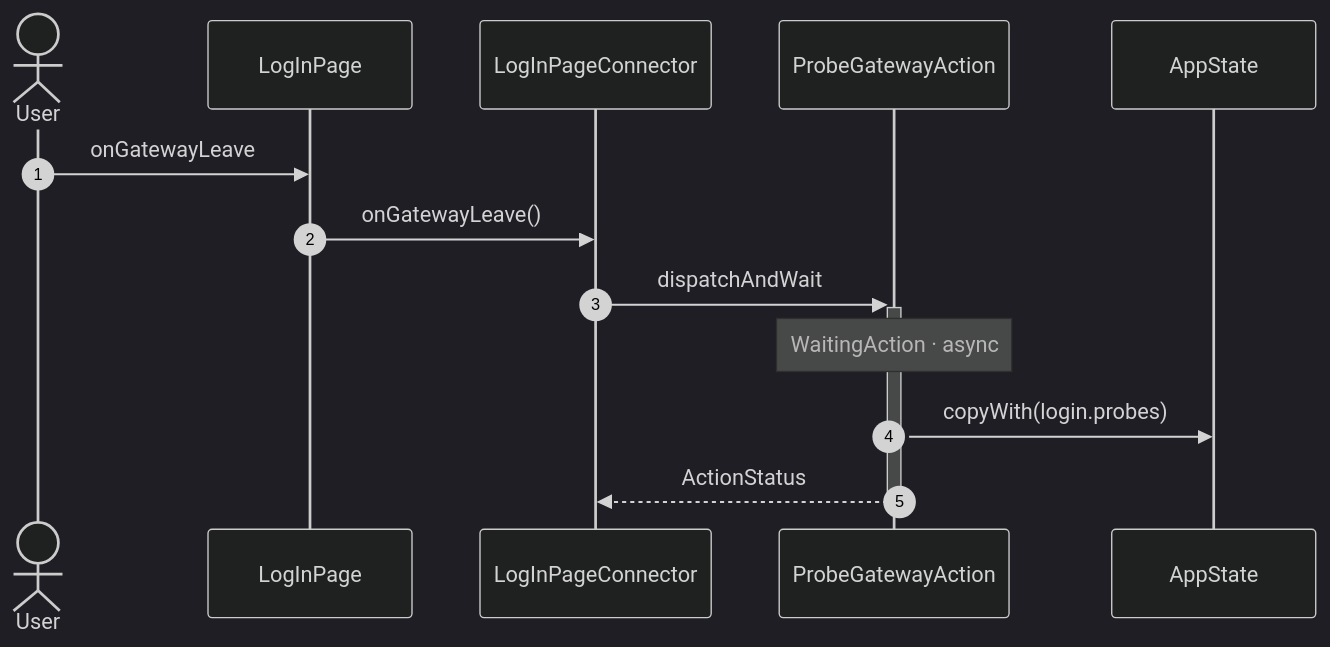
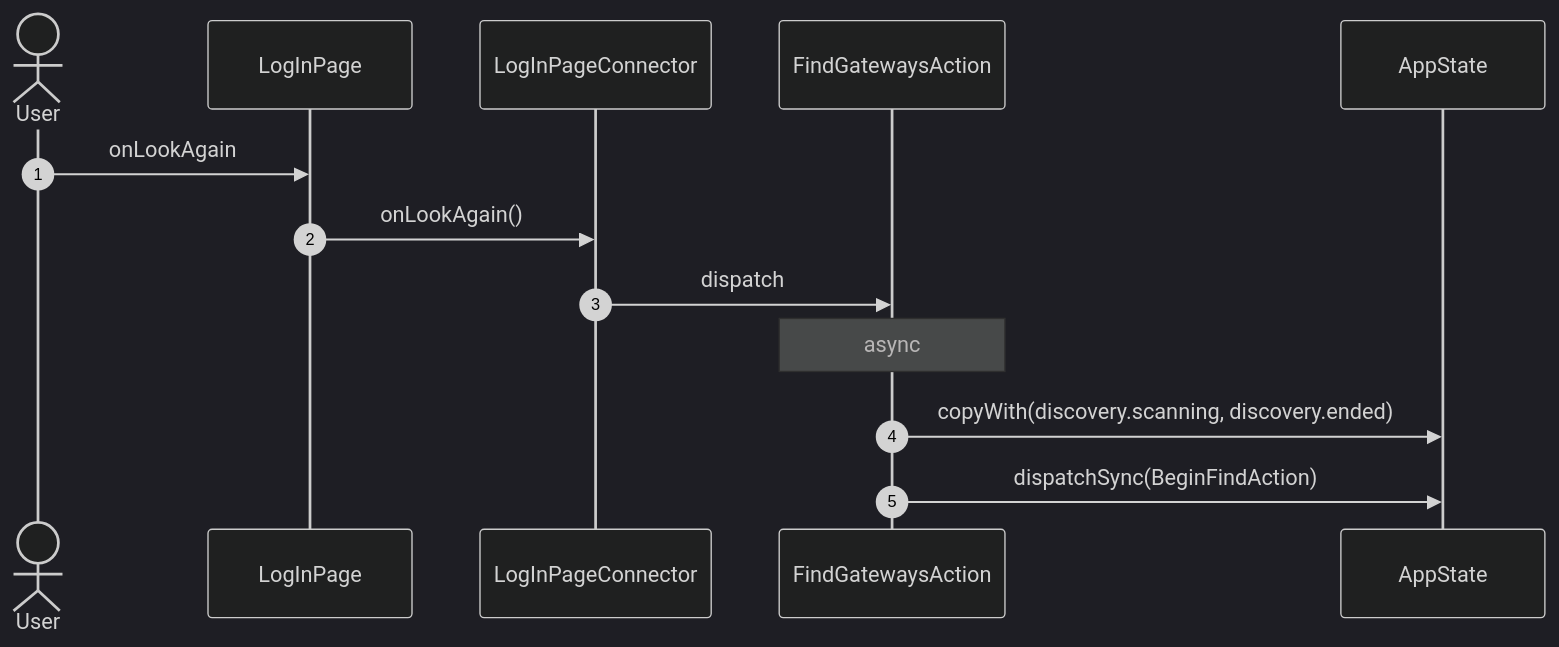
One commit to gencto/wyrm changed the seventh of 19 diagrams in studio/docs/flows/logIn.md. Above: the diagram before and after it, drawn with Mermaid (dark theme). The commit also changed other lines of this file and 90 other files, not shown here.

````diff
--- a/studio/docs/flows/logIn.md
+++ b/studio/docs/flows/logIn.md
@@ -77,16 +144,16 @@
 ```mermaid
 sequenceDiagram
     autonumber
     actor User
     participant UI as LogInPage
     participant VM as LogInPageConnector
-    participant A1 as ProbeGatewayAction
+    participant A1 as FindGatewaysAction
     participant ST as AppState
 
-    User->>UI: onGatewayLeave
-    UI->>VM: onGatewayLeave()
-    VM->>+A1: dispatchAndWait
-    Note over A1: WaitingAction · async
-    A1->>ST: copyWith(login.probes)
-    A1-->>-VM: ActionStatus
+    User->>UI: onLookAgain
+    UI->>VM: onLookAgain()
+    VM->>A1: dispatch
+    Note over A1: async
+    A1->>ST: copyWith(discovery.scanning, discovery.ended)
+    A1->>ST: dispatchSync(BeginFindAction)
 ```
````
